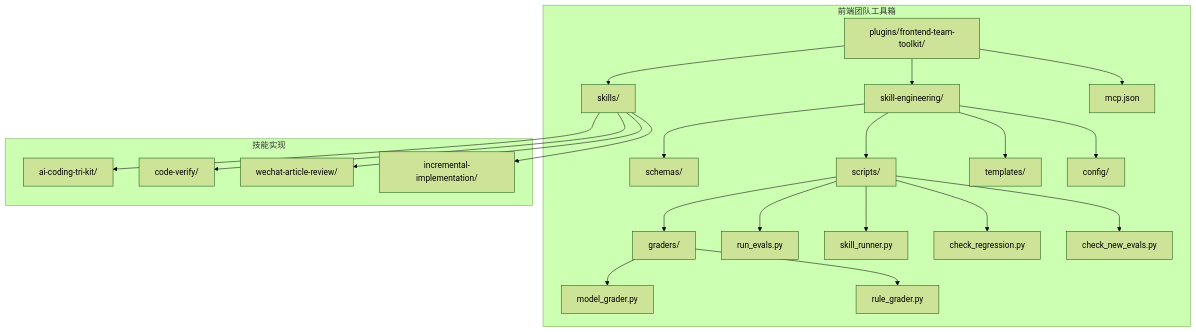
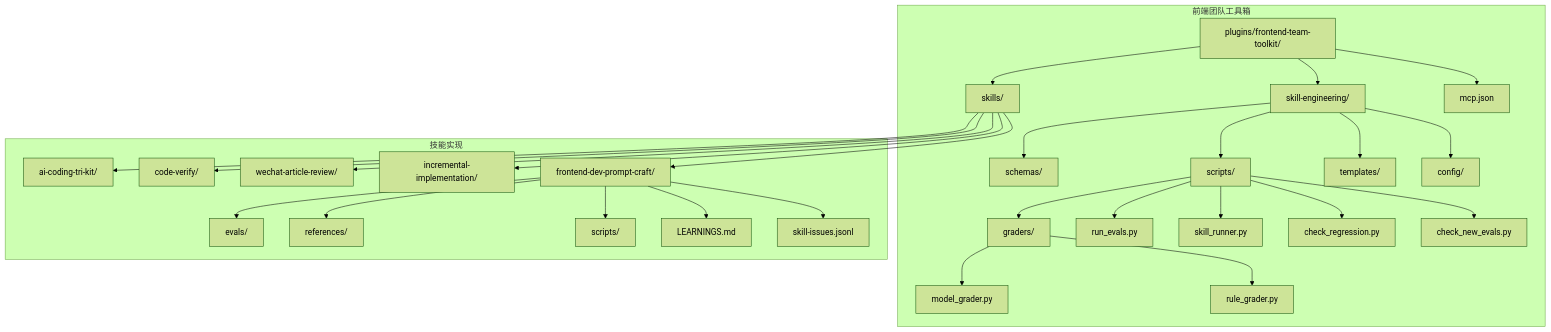
Before and after one commit to yangmeishux/frontend-team-marketplace: the first of 9 diagrams in .qoder/repowiki/zh/content/技能工程系统/反馈循环系统.md, drawn with Mermaid (forest theme). The commit also changed other lines of this file and 4 other files, not shown here.

````diff
--- a/.qoder/repowiki/zh/content/技能工程系统/反馈循环系统.md
+++ b/.qoder/repowiki/zh/content/技能工程系统/反馈循环系统.md
@@ -41,25 +57,31 @@
 ```mermaid
 graph TB
 subgraph "前端团队工具箱"
 A[plugins/frontend-team-toolkit/] --> B[skill-engineering/]
 A --> C[skills/]
 A --> D[mcp.json]
 B --> E[schemas/]
 B --> F[scripts/]
 B --> G[templates/]
 B --> H[config/]
 F --> I[graders/]
 F --> J[run_evals.py]
 F --> K[skill_runner.py]
 F --> L[check_regression.py]
 F --> M[check_new_evals.py]
 I --> N[model_grader.py]
 I --> O[rule_grader.py]
 end
 subgraph "技能实现"
 C --> P[ai-coding-tri-kit/]
 C --> Q[code-verify/]
 C --> R[wechat-article-review/]
 C --> S[incremental-implementation/]
+C --> T[frontend-dev-prompt-craft/]
+T --> U[evals/]
+T --> V[references/]
+T --> W[scripts/]
+T --> X[LEARNINGS.md]
+T --> Y[skill-issues.jsonl]
 end
 ```
````
